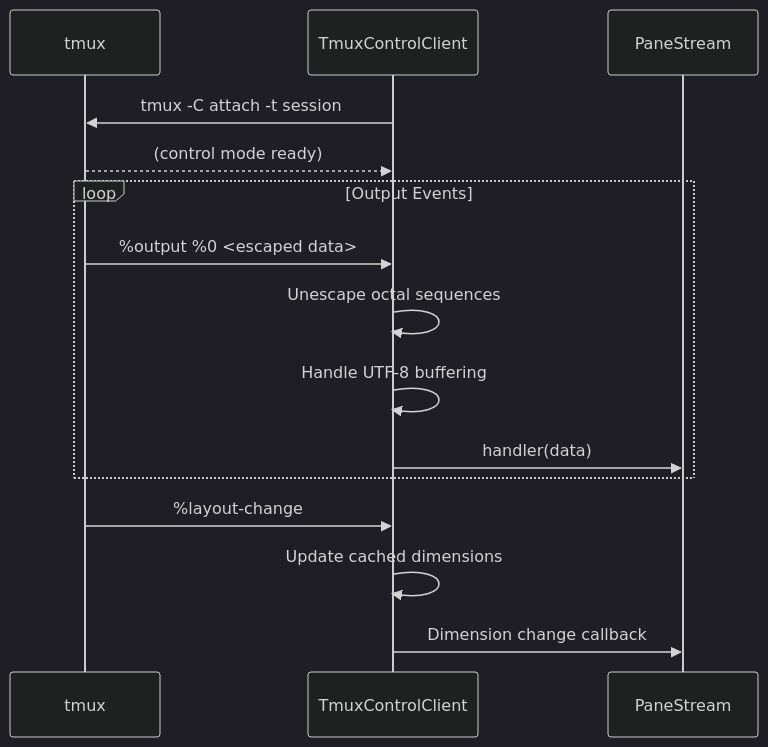
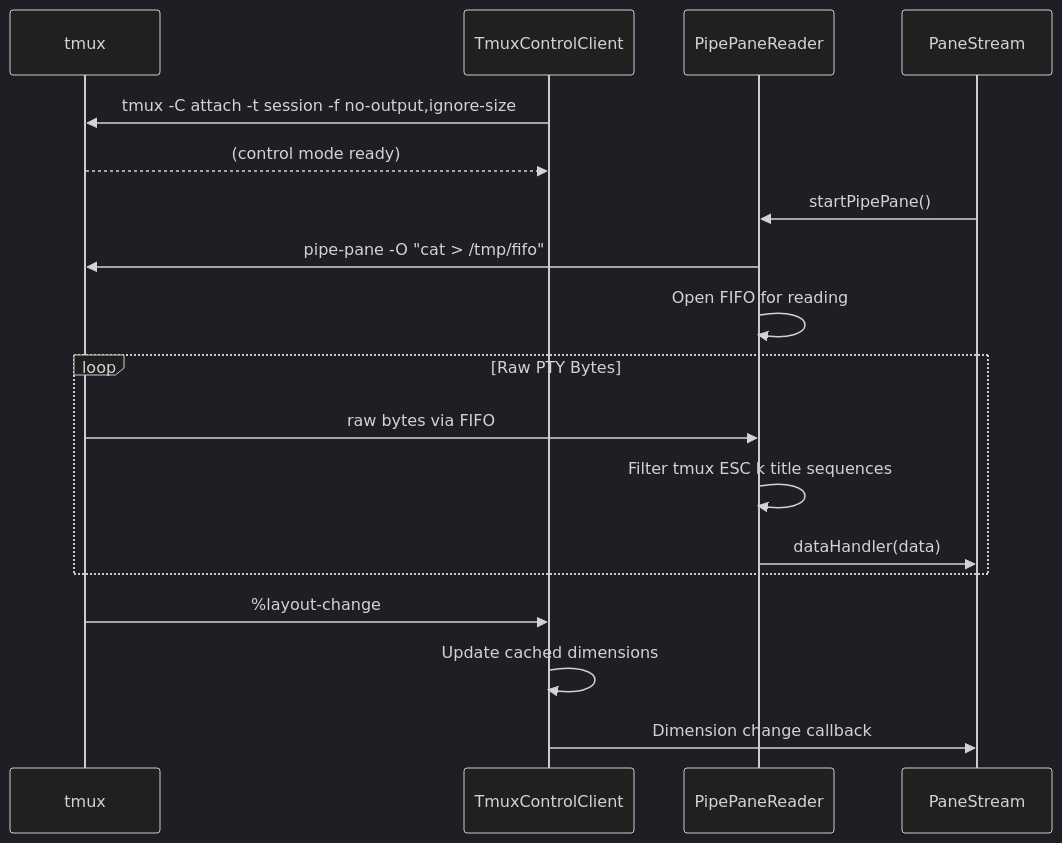
One commit to gpambrozio/Gallager changed the second of 12 diagrams in docs/streaming-architecture.md. Above: the diagram before and after it, drawn with Mermaid (dark theme). The commit also changed other lines of this file and 4 other files, not shown here.

First line of the commit message:
Update docs for pipe-pane streaming architecture (PR #179)

````diff
--- a/docs/streaming-architecture.md
+++ b/docs/streaming-architecture.md
@@ -51,20 +54,24 @@
 ```mermaid
 sequenceDiagram
     participant T as tmux
     participant TCC as TmuxControlClient
+    participant PPR as PipePaneReader
     participant PS as PaneStream
 
-    TCC->>T: tmux -C attach -t session
+    TCC->>T: tmux -C attach -t session -f no-output,ignore-size
     T-->>TCC: (control mode ready)
 
-    loop Output Events
-        T->>TCC: %output %0 <escaped data>
-        TCC->>TCC: Unescape octal sequences
-        TCC->>TCC: Handle UTF-8 buffering
-        TCC->>PS: handler(data)
+    PS->>PPR: startPipePane()
+    PPR->>T: pipe-pane -O "cat > /tmp/fifo"
+    PPR->>PPR: Open FIFO for reading
+
+    loop Raw PTY Bytes
+        T->>PPR: raw bytes via FIFO
+        PPR->>PPR: Filter tmux ESC k title sequences
+        PPR->>PS: dataHandler(data)
     end
 
     T->>TCC: %layout-change
     TCC->>TCC: Update cached dimensions
     TCC->>PS: Dimension change callback
 ```
````
